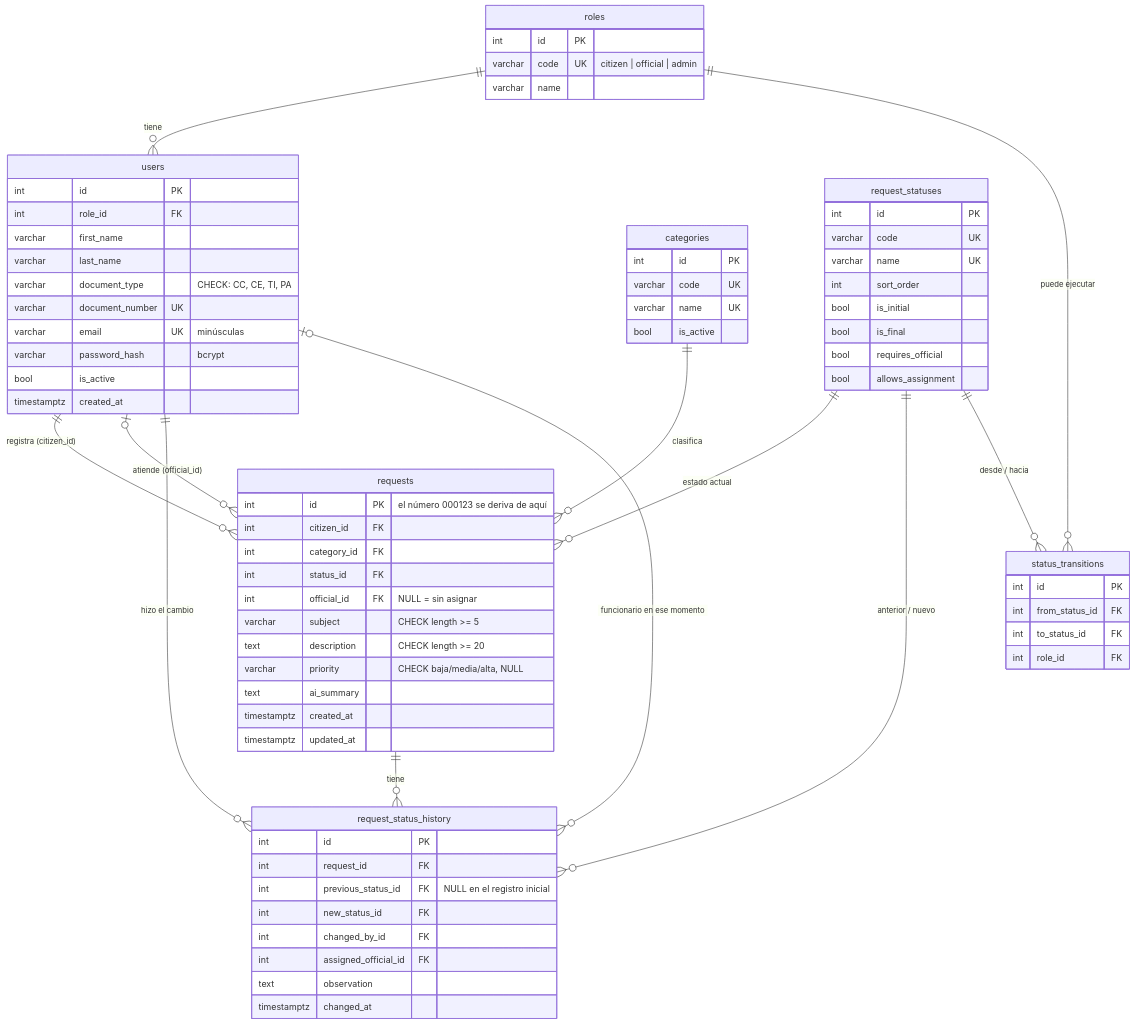
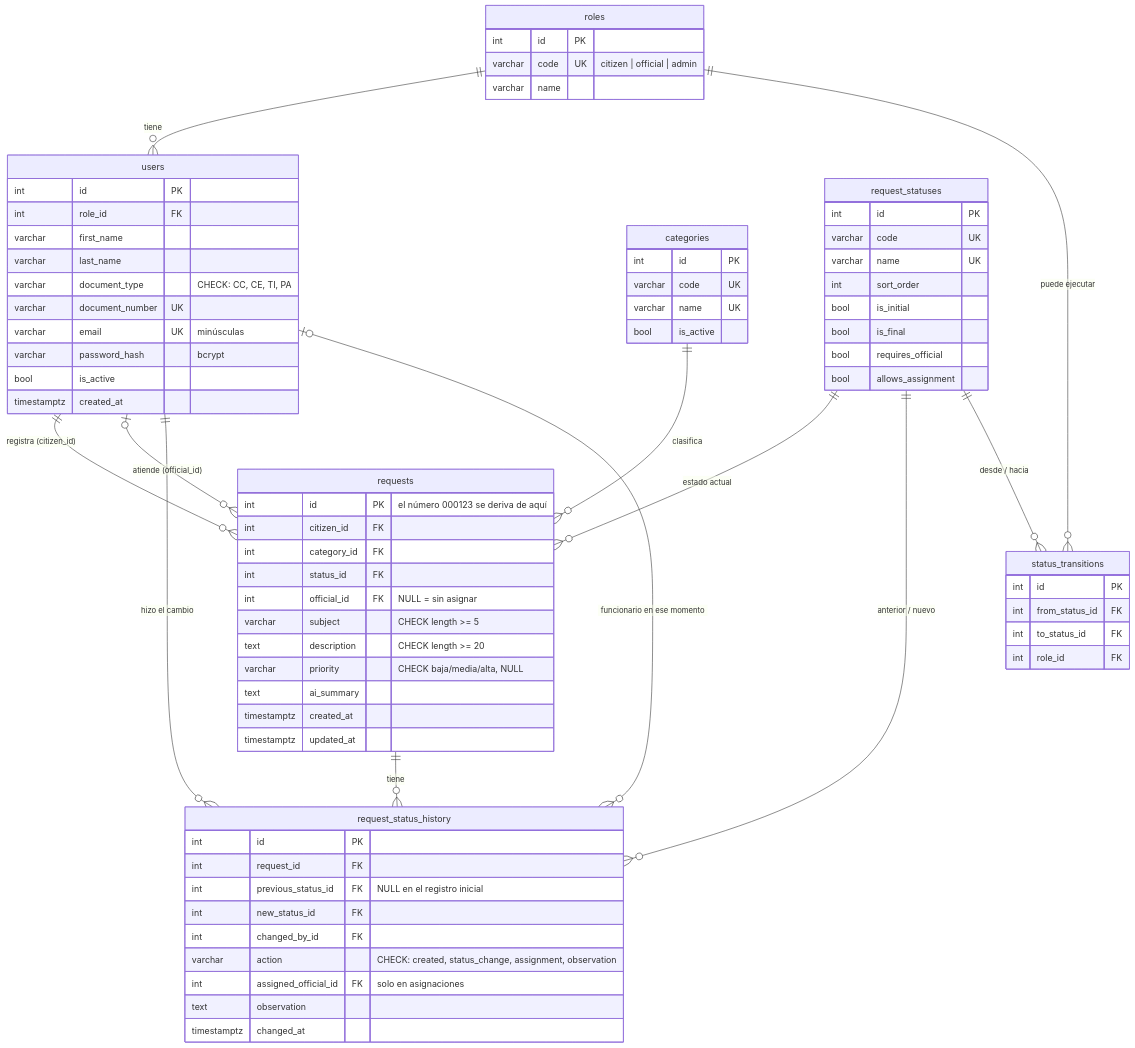
The diagram in docs/modelo-entidad-relacion.md (angelfvargas/solicitudes-ciudadanas), drawn with Mermaid before and after one commit. The commit also changed other lines of this file and 7 other files, not shown here.

````diff
--- a/docs/modelo-entidad-relacion.md
+++ b/docs/modelo-entidad-relacion.md
@@ -6,77 +6,78 @@
 ```mermaid
 erDiagram
     roles ||--o{ users : "tiene"
     users ||--o{ requests : "registra (citizen_id)"
     users |o--o{ requests : "atiende (official_id)"
     categories ||--o{ requests : "clasifica"
     request_statuses ||--o{ requests : "estado actual"
     requests ||--o{ request_status_history : "tiene"
     request_statuses ||--o{ request_status_history : "anterior / nuevo"
     users ||--o{ request_status_history : "hizo el cambio"
     users |o--o{ request_status_history : "funcionario en ese momento"
     request_statuses ||--o{ status_transitions : "desde / hacia"
     roles ||--o{ status_transitions : "puede ejecutar"
 
     roles {
         int id PK
         varchar code UK "citizen | official | admin"
         varchar name
     }
     users {
         int id PK
         int role_id FK
         varchar first_name
         varchar last_name
         varchar document_type "CHECK: CC, CE, TI, PA"
         varchar document_number UK
         varchar email UK "minúsculas"
         varchar password_hash "bcrypt"
         bool is_active
         timestamptz created_at
     }
     categories {
         int id PK
         varchar code UK
         varchar name UK
         bool is_active
     }
     request_statuses {
         int id PK
         varchar code UK
         varchar name UK
         int sort_order
         bool is_initial
         bool is_final
         bool requires_official
         bool allows_assignment
     }
     status_transitions {
         int id PK
         int from_status_id FK
         int to_status_id FK
         int role_id FK
     }
     requests {
         int id PK "el número 000123 se deriva de aquí"
         int citizen_id FK
         int category_id FK
         int status_id FK
         int official_id FK "NULL = sin asignar"
         varchar subject "CHECK length >= 5"
         text description "CHECK length >= 20"
         varchar priority "CHECK baja/media/alta, NULL"
         text ai_summary
         timestamptz created_at
         timestamptz updated_at
     }
     request_status_history {
         int id PK
         int request_id FK
         int previous_status_id FK "NULL en el registro inicial"
         int new_status_id FK
         int changed_by_id FK
-        int assigned_official_id FK
+        varchar action "CHECK: created, status_change, assignment, observation"
+        int assigned_official_id FK "solo en asignaciones"
         text observation
         timestamptz changed_at
     }
 ```
````
